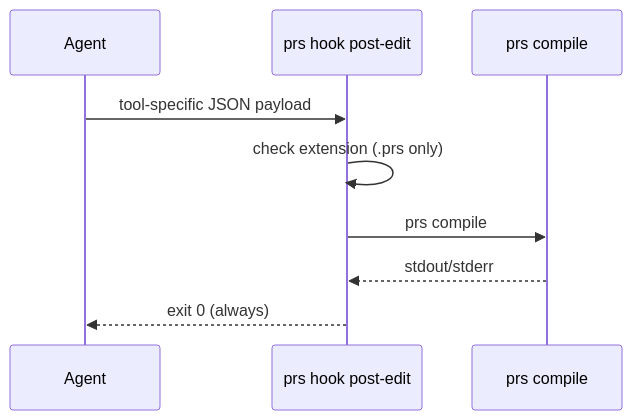
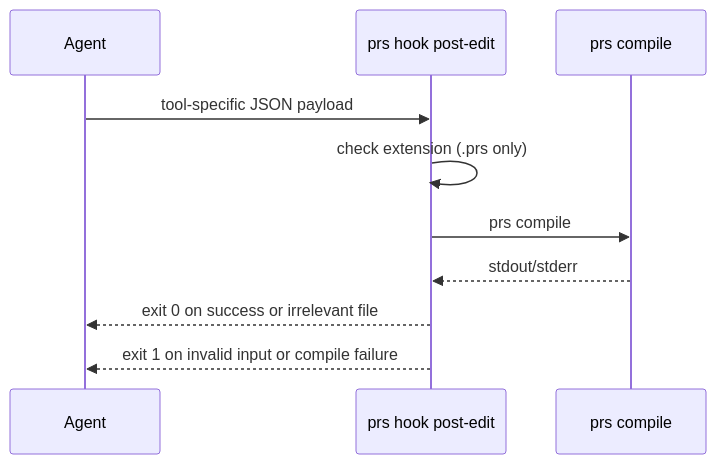
The second of 2 diagrams in docs/guides/hooks.md (mrwogu/promptscript), drawn with Mermaid before and after one commit. The commit also changed other lines of this file and 48 other files, not shown here.

````diff
--- a/docs/guides/hooks.md
+++ b/docs/guides/hooks.md
@@ -92,12 +92,13 @@
 ```mermaid
 sequenceDiagram
     participant Agent
     participant Hook as prs hook post-edit
     participant Compiler as prs compile
 
     Agent->>Hook: tool-specific JSON payload
     Hook->>Hook: check extension (.prs only)
     Hook->>Compiler: prs compile
     Compiler-->>Hook: stdout/stderr
-    Hook-->>Agent: exit 0 (always)
+    Hook-->>Agent: exit 0 on success or irrelevant file
+    Hook-->>Agent: exit 1 on invalid input or compile failure
 ```
````
